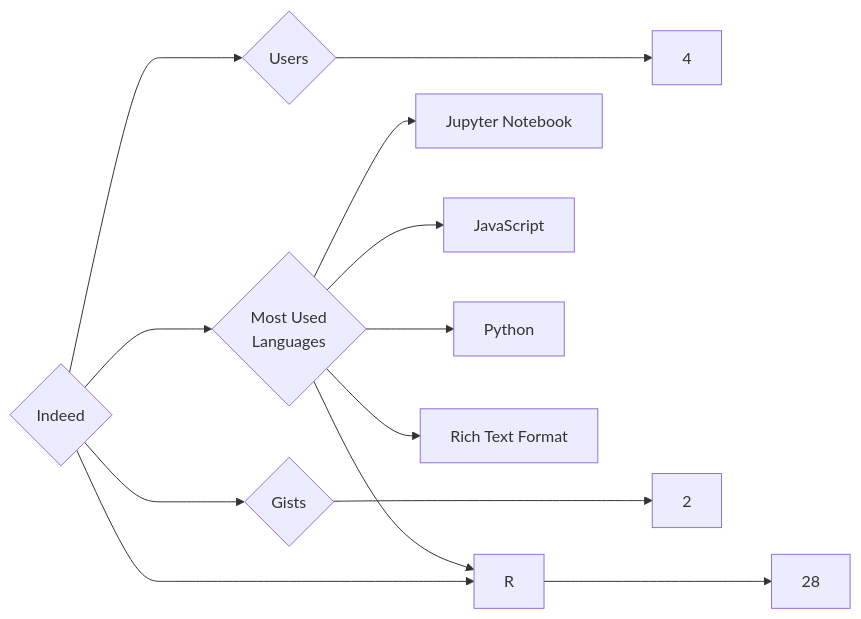
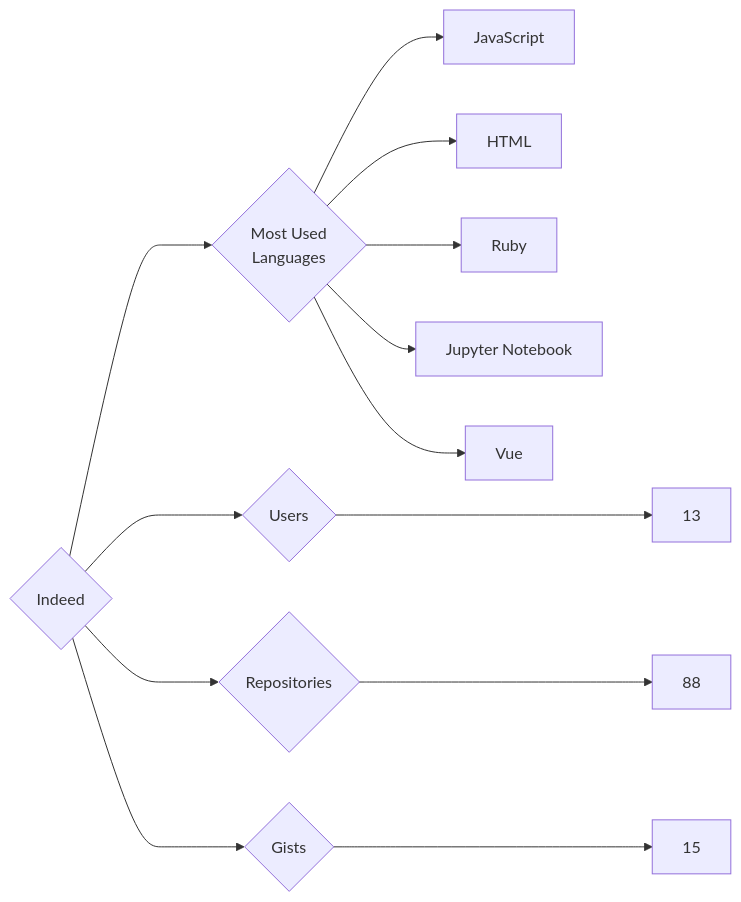
One commit to trickest/insiders changed the diagram in targets/Indeed/README.md. Above: the diagram before and after it, drawn with Mermaid. The commit also changed 657 other files, not shown here.

````diff
--- a/targets/Indeed/README.md
+++ b/targets/Indeed/README.md
@@ -3,13 +3,13 @@
 ```mermaid
 graph LR
 COMPANY_NAME{Indeed}
-COMPANY_NAME ---> U{Users} ---> UN[4]
-COMPANY_NAME ---> R{Repositories} ---> RN[28]
-COMPANY_NAME ---> G{Gists} ---> GN[2]
+COMPANY_NAME ---> U{Users} ---> UN[13]
+COMPANY_NAME ---> R{Repositories} ---> RN[88]
+COMPANY_NAME ---> G{Gists} ---> GN[15]
 COMPANY_NAME ---> ML{Most Used<br>Languages}
+ML --> JavaScript[JavaScript]
+ML --> HTML[HTML]
+ML --> Ruby[Ruby]
 ML --> Jupyter_Notebook[Jupyter Notebook]
-ML --> JavaScript[JavaScript]
-ML --> Python[Python]
-ML --> Rich_Text_Format[Rich Text Format]
-ML --> R[R]
+ML --> Vue[Vue]
 ```
````
